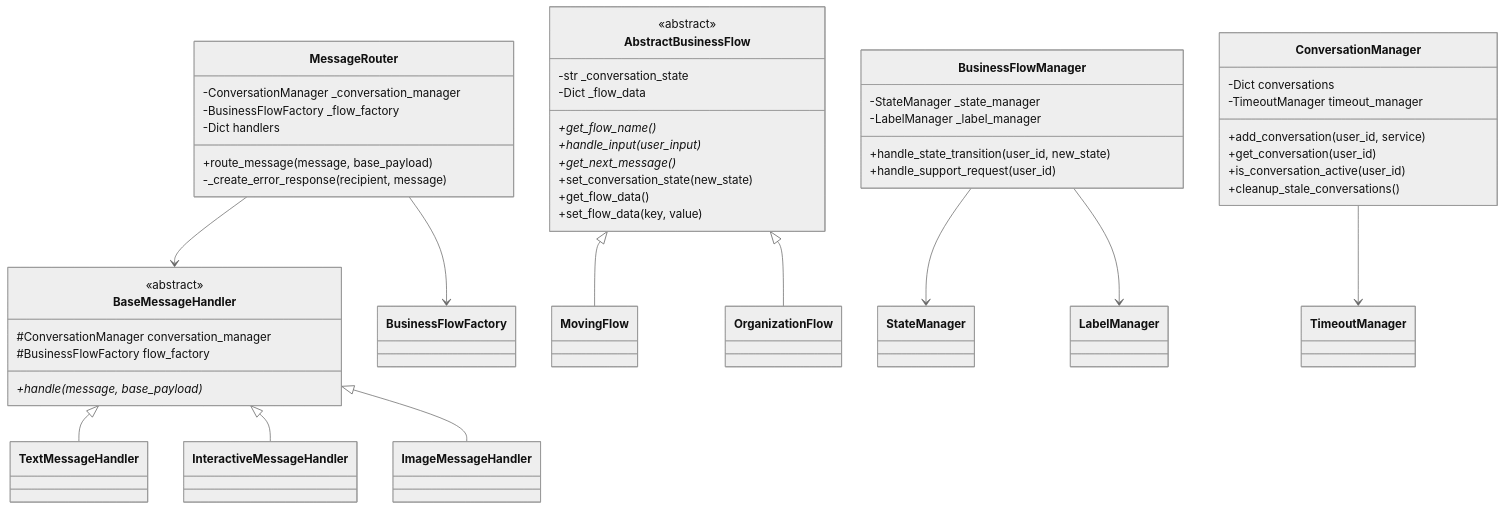
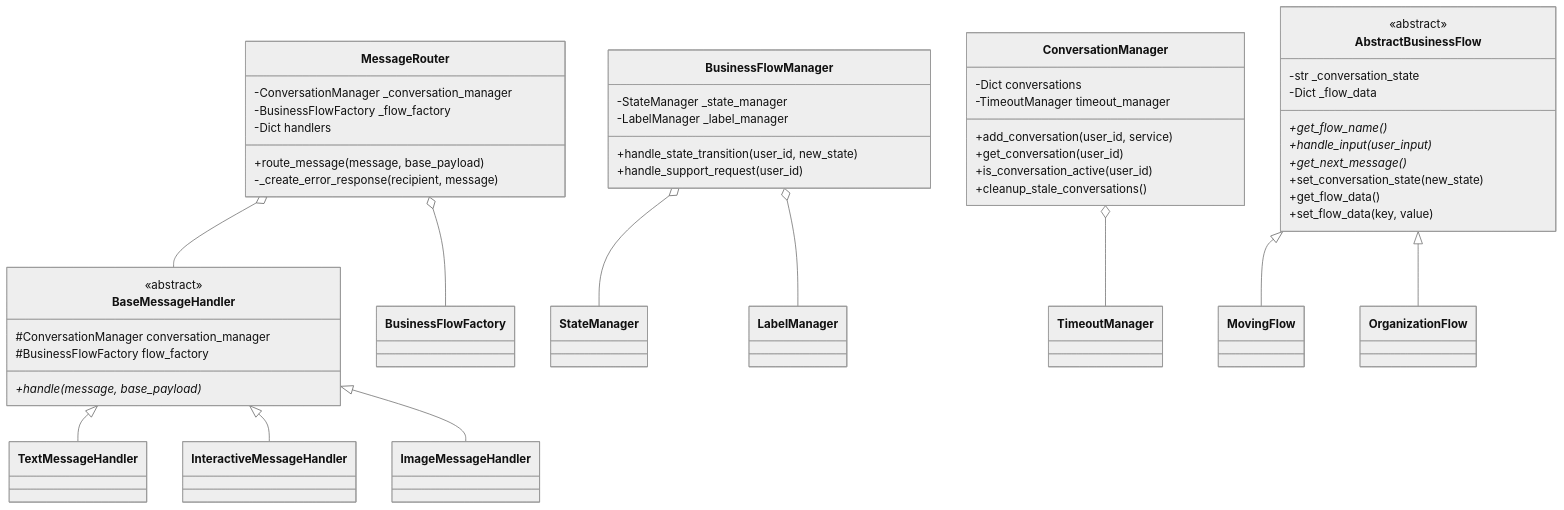
One commit to ShaiWinograd/whatsapp-simple-bot-python changed the second of 2 diagrams in docs/system_architecture.md. Above: the diagram before and after it, drawn with Mermaid (neutral theme). The commit also changed other lines of this file, not shown here.

Commit message:
feat: Update system architecture diagrams for improved clarity and structure

````diff
--- a/docs/system_architecture.md
+++ b/docs/system_architecture.md
@@ -55,56 +48,56 @@
 ```mermaid
 classDiagram
+    MessageRouter o-- BaseMessageHandler
+    MessageRouter o-- BusinessFlowFactory
+    BusinessFlowManager o-- StateManager
+    BusinessFlowManager o-- LabelManager
+    ConversationManager o-- TimeoutManager
+    AbstractBusinessFlow <|-- MovingFlow
+    AbstractBusinessFlow <|-- OrganizationFlow
+    BaseMessageHandler <|-- TextMessageHandler
+    BaseMessageHandler <|-- InteractiveMessageHandler
+    BaseMessageHandler <|-- ImageMessageHandler
+    
     class MessageRouter {
         -ConversationManager _conversation_manager
         -BusinessFlowFactory _flow_factory
         -Dict handlers
         +route_message(message, base_payload)
         -_create_error_response(recipient, message)
     }
 
     class AbstractBusinessFlow {
         <<abstract>>
         -str _conversation_state
         -Dict _flow_data
         +get_flow_name()*
         +handle_input(user_input)*
         +get_next_message()*
         +set_conversation_state(new_state)
         +get_flow_data()
         +set_flow_data(key, value)
     }
 
     class BusinessFlowManager {
         -StateManager _state_manager
         -LabelManager _label_manager
         +handle_state_transition(user_id, new_state)
         +handle_support_request(user_id)
     }
 
     class ConversationManager {
         -Dict conversations
         -TimeoutManager timeout_manager
         +add_conversation(user_id, service)
         +get_conversation(user_id)
         +is_conversation_active(user_id)
         +cleanup_stale_conversations()
     }
 
     class BaseMessageHandler {
         <<abstract>>
         #ConversationManager conversation_manager
         #BusinessFlowFactory flow_factory
         +handle(message, base_payload)*
     }
-
-    AbstractBusinessFlow <|-- MovingFlow
-    AbstractBusinessFlow <|-- OrganizationFlow
-    BaseMessageHandler <|-- TextMessageHandler
-    BaseMessageHandler <|-- InteractiveMessageHandler
-    BaseMessageHandler <|-- ImageMessageHandler
-    MessageRouter --> BaseMessageHandler
-    MessageRouter --> BusinessFlowFactory
-    BusinessFlowManager --> StateManager
-    BusinessFlowManager --> LabelManager
-    ConversationManager --> TimeoutManager
 ```
````
